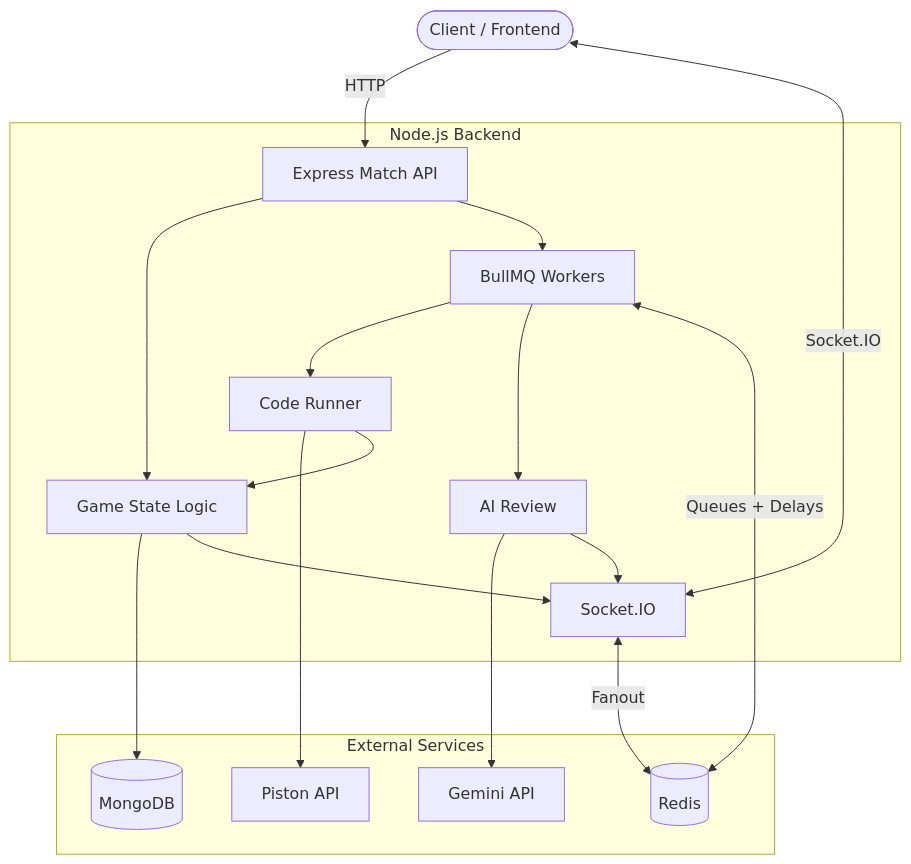
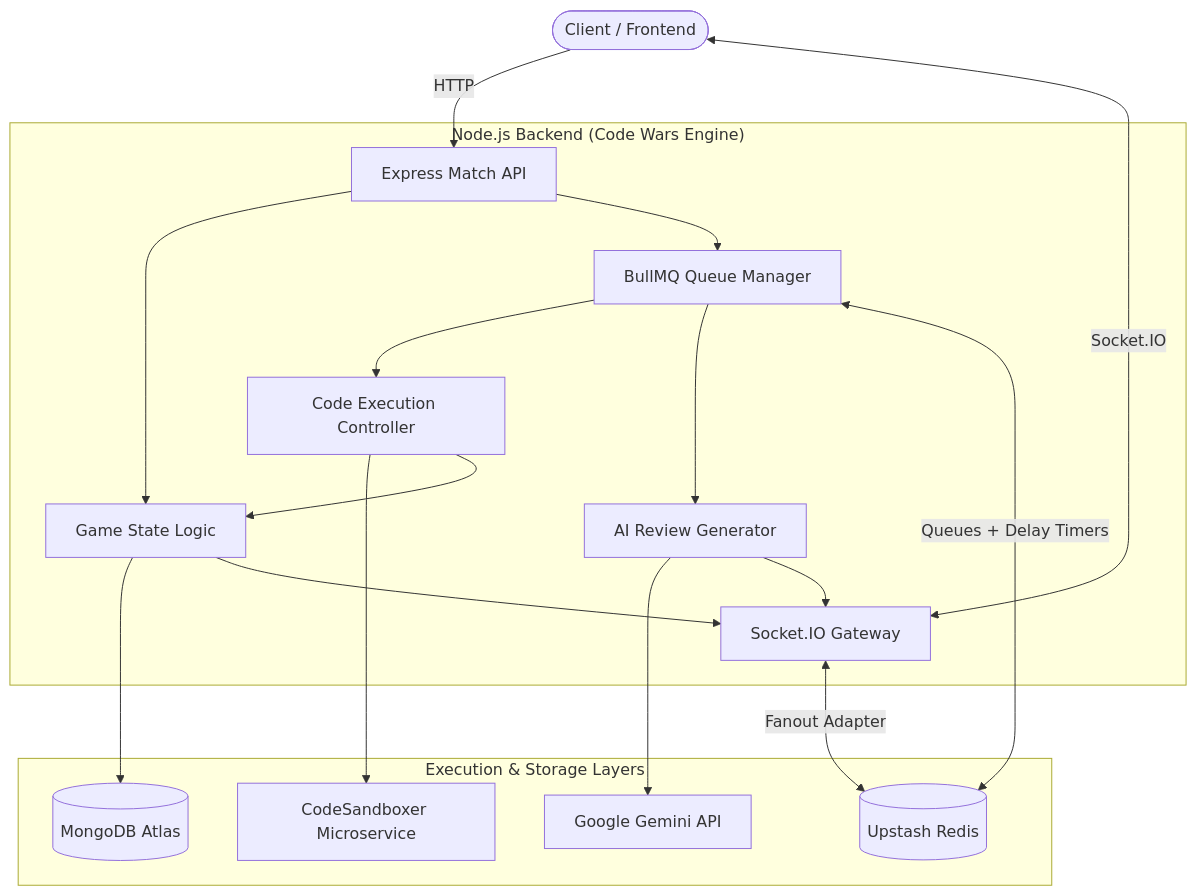
The diagram in readme.md (Haider786x/Code_Wars), drawn with Mermaid before and after one commit. The commit also changed other lines of this file and 8 other files, not shown here.

First line of the commit message:
Rebrand app to Code Wars

````diff
--- a/readme.md
+++ b/readme.md
@@ -20,35 +17,35 @@
 ```mermaid
 graph TD
     User([Client / Frontend])
 
-    subgraph "Node.js Backend"
+    subgraph "Node.js Backend (Code Wars Engine)"
         API[Express Match API]
         Engine[Game State Logic]
-        Runner[Code Runner]
-        Referee[AI Review]
-        Realtime[Socket.IO]
-        Jobs[BullMQ Workers]
+        Runner[Code Execution Controller]
+        Referee[AI Review Generator]
+        Realtime[Socket.IO Gateway]
+        Jobs[BullMQ Queue Manager]
     end
 
-    subgraph "External Services"
-        DB[(MongoDB)]
-        Redis[(Redis)]
-        Piston[Piston API]
-        Gemini[Gemini API]
+    subgraph "Execution & Storage Layers"
+        DB[(MongoDB Atlas)]
+        Redis[(Upstash Redis)]
+        Sandboxer[CodeSandboxer Microservice]
+        Gemini[Google Gemini API]
     end
 
     User -->|HTTP| API
     User <-->|Socket.IO| Realtime
     API --> Engine
     Engine --> DB
     API --> Jobs
     Jobs --> Runner
-    Runner --> Piston
+    Runner --> Sandboxer
     Runner --> Engine
     Jobs --> Referee
     Referee --> Gemini
     Engine --> Realtime
     Referee --> Realtime
-    Realtime <-->|Fanout| Redis
-    Jobs <-->|Queues + Delays| Redis
+    Realtime <-->|Fanout Adapter| Redis
+    Jobs <-->|Queues + Delay Timers| Redis
 ```
````
